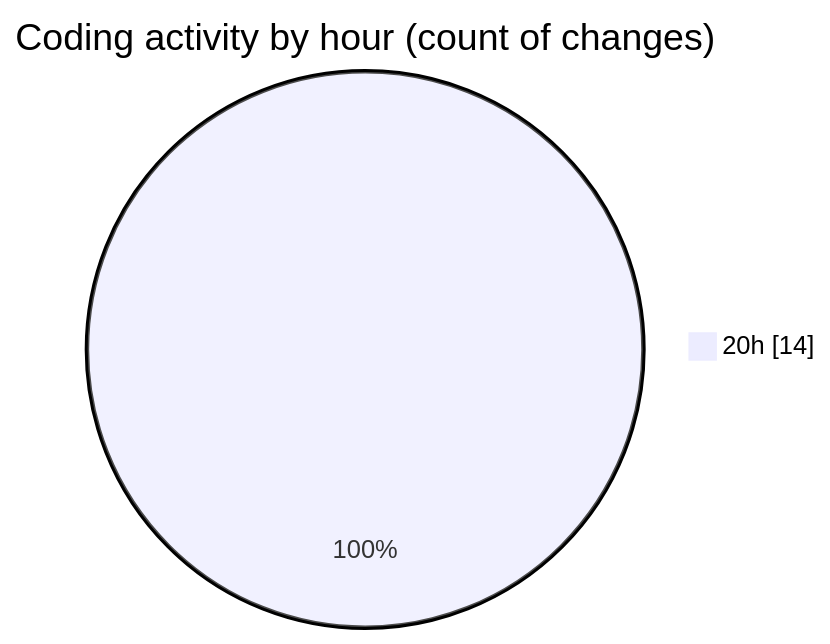
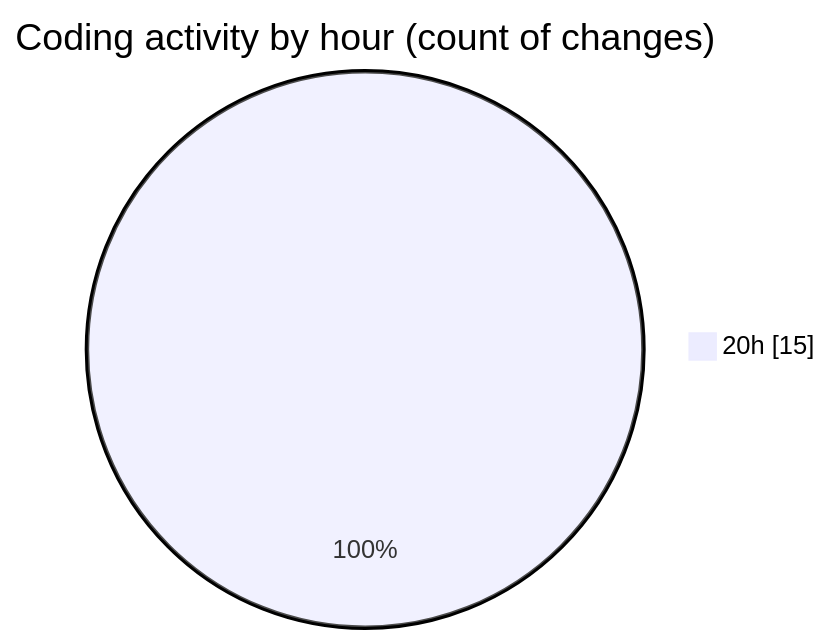
Before and after one commit to julien-gomy/code-tracking: the second of 2 diagrams in 2025-10-31/temp_mr_252/README.md, drawn with Mermaid. The commit also changed other lines of this file and 1 other file, not shown here.

````diff
--- a/2025-10-31/temp_mr_252/README.md
+++ b/2025-10-31/temp_mr_252/README.md
@@ -36,5 +36,5 @@
 ```mermaid
 pie showData
 title Coding activity by hour (count of changes)
-"20h" : 14
+"20h" : 15
 ```
````
